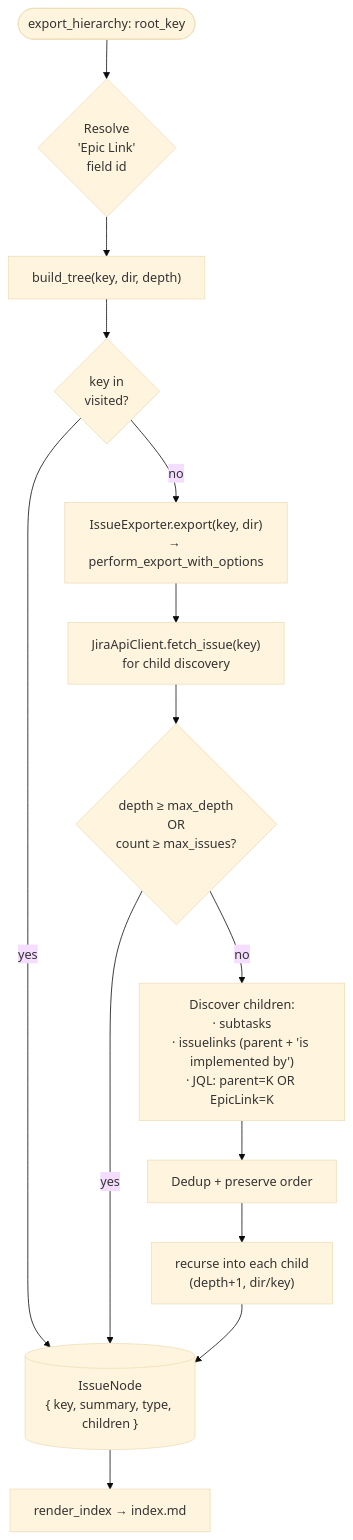
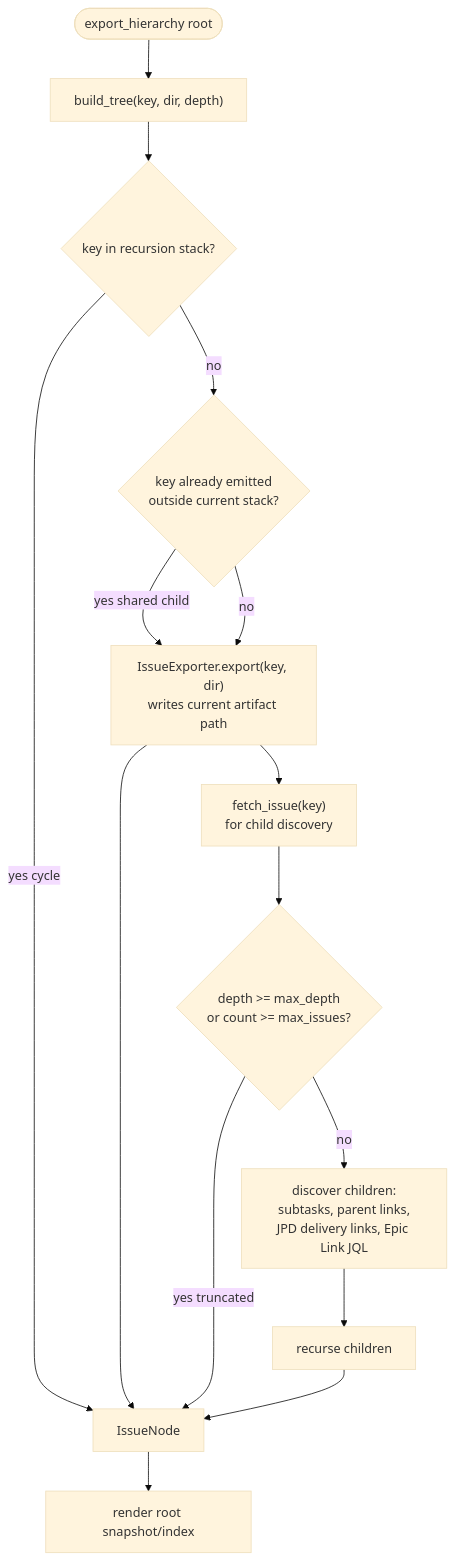
One commit to dchuk/jarkdown-rs changed the fourth of 9 diagrams in docs/architecture.md. Above: the diagram before and after it, drawn with Mermaid (base theme). The commit also changed other lines of this file and 3 other files, not shown here.

Commit message:
docs: refresh 1.7 architecture and manifest docs

````diff
--- a/docs/architecture.md
+++ b/docs/architecture.md
@@ -237,22 +242,23 @@
 ```mermaid
 flowchart TB
-    start([export_hierarchy: root_key])
-    epic{Resolve<br/>'Epic Link'<br/>field id}
+    start([export_hierarchy root])
     build["build_tree(key, dir, depth)"]
-    cycle{"key in<br/>visited?"}
-    cap{"depth ≥ max_depth<br/>OR<br/>count ≥ max_issues?"}
-    exp["IssueExporter.export(key, dir)<br/>→ perform_export_with_options"]
-    fetch["JiraApiClient.fetch_issue(key)<br/>for child discovery"]
-    disc["Discover children:<br/>· subtasks<br/>· issuelinks (parent + 'is implemented by')<br/>· JQL: parent=K OR EpicLink=K"]
-    dedup["Dedup + preserve order"]
-    recurse["recurse into each child<br/>(depth+1, dir/key)"]
-    leaf[("IssueNode<br/>{ key, summary, type, children }")]
-    index["render_index → index.md"]
+    stack{"key in recursion stack?"}
+    emitted{"key already emitted<br/>outside current stack?"}
+    export["IssueExporter.export(key, dir)<br/>writes current artifact path"]
+    fetch["fetch_issue(key)<br/>for child discovery"]
+    cap{"depth >= max_depth<br/>or count >= max_issues?"}
+    discover["discover children:<br/>subtasks, parent links,<br/>JPD delivery links, Epic Link JQL"]
+    recurse["recurse children"]
+    node["IssueNode"]
+    snapshot["render root snapshot/index"]
 
-    start --> epic --> build --> cycle
-    cycle -->|yes| leaf
-    cycle -->|no| exp --> fetch --> cap
-    cap -->|yes| leaf
-    cap -->|no| disc --> dedup --> recurse --> leaf
-    leaf --> index
+    start --> build --> stack
+    stack -->|yes cycle| node
+    stack -->|no| emitted
+    emitted -->|yes shared child| export --> node
+    emitted -->|no| export --> fetch --> cap
+    cap -->|yes truncated| node
+    cap -->|no| discover --> recurse --> node
+    node --> snapshot
 ```
````
